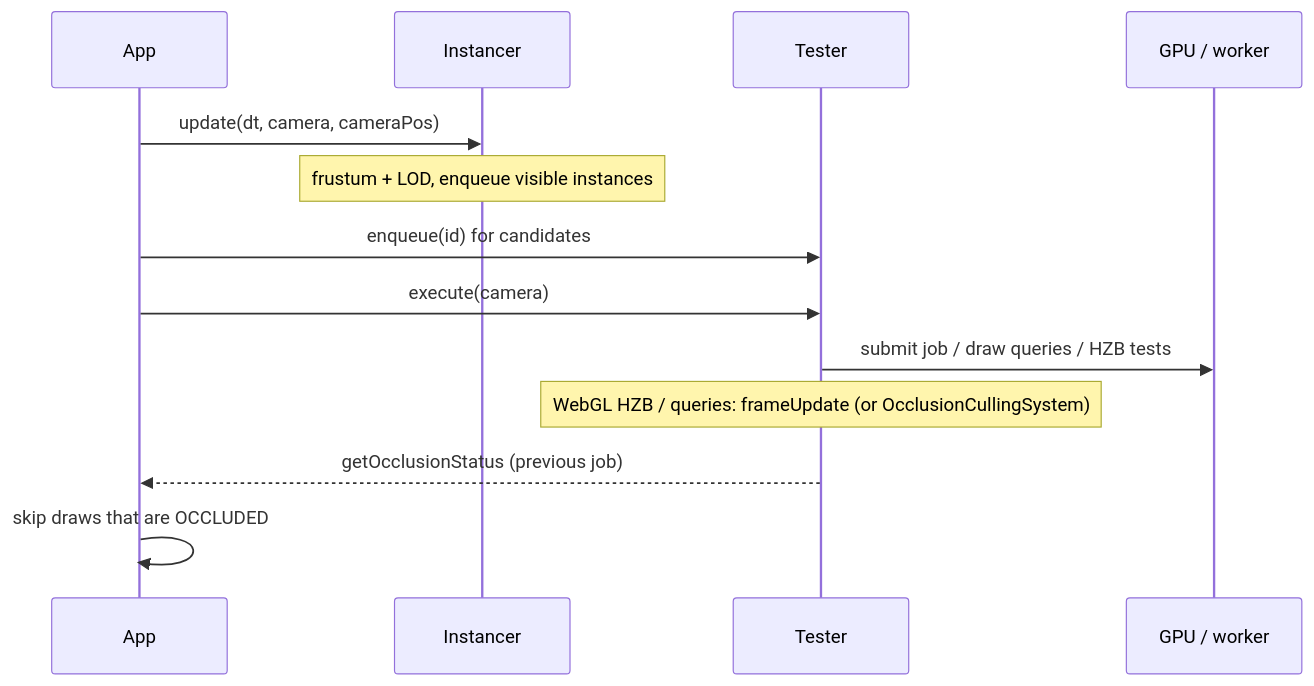
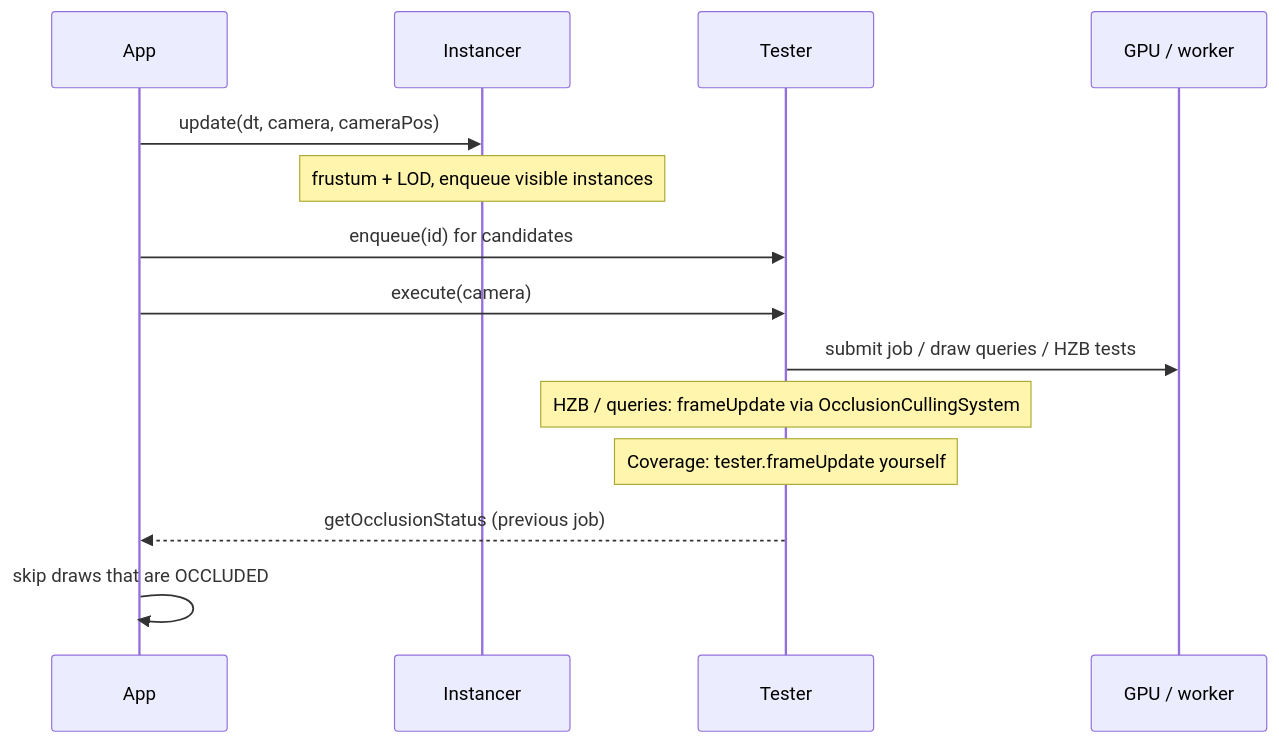
Before and after one commit to AlexAPPi/playcanvas-opti-pixel: the second of 2 diagrams in docs/architecture.md, drawn with Mermaid. The commit also changed other lines of this file and 12 other files, not shown here.

````diff
--- a/docs/architecture.md
+++ b/docs/architecture.md
@@ -48,16 +48,17 @@
 ```mermaid
 sequenceDiagram
     participant App
     participant Instancer
     participant Tester
     participant GPU as GPU / worker
 
     App->>Instancer: update(dt, camera, cameraPos)
     Note over Instancer: frustum + LOD, enqueue visible instances
     App->>Tester: enqueue(id) for candidates
     App->>Tester: execute(camera)
     Tester->>GPU: submit job / draw queries / HZB tests
-    Note over Tester: WebGL HZB / queries: frameUpdate (or OcclusionCullingSystem)
+    Note over Tester: HZB / queries: frameUpdate via OcclusionCullingSystem
+    Note over Tester: Coverage: tester.frameUpdate yourself
     Tester-->>App: getOcclusionStatus (previous job)
     App->>App: skip draws that are OCCLUDED
 ```
````
